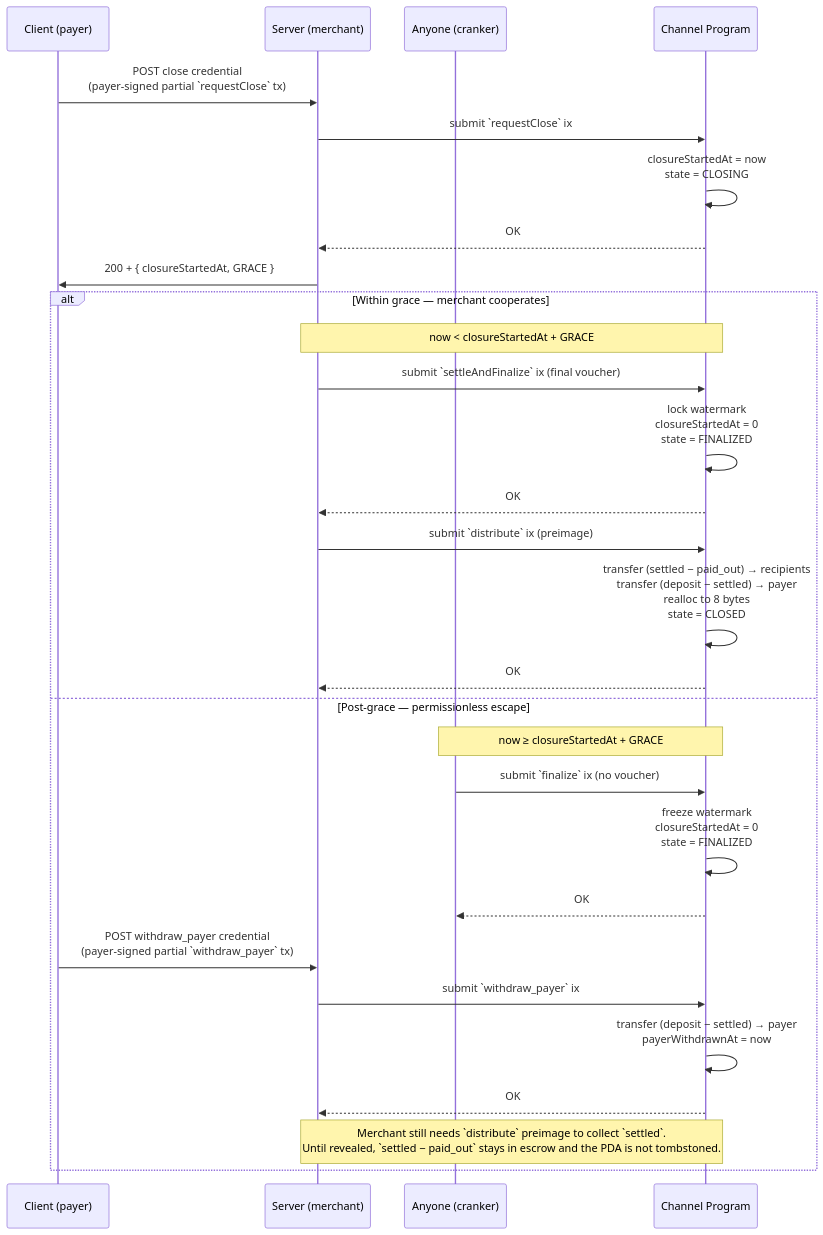
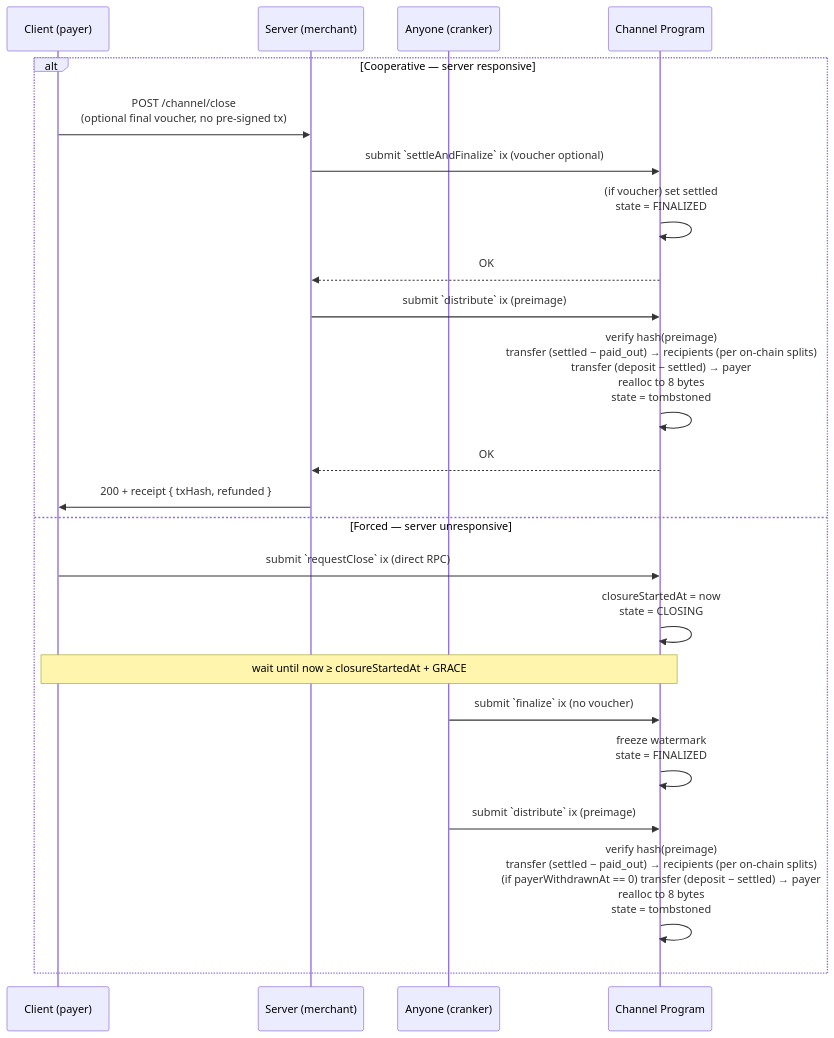
Before and after one commit to solana-foundation/payment-channels: the second of 2 diagrams in docs/002-http-protocol.md, drawn with Mermaid. The commit also changed other lines of this file and 4 other files, not shown here.

````diff
--- a/docs/002-http-protocol.md
+++ b/docs/002-http-protocol.md
@@ -111,36 +144,30 @@
 ```mermaid
 sequenceDiagram
     participant C as Client (payer)
     participant S as Server (merchant)
     participant A as Anyone (cranker)
     participant P as Channel Program
 
-    C->>S: POST close credential<br/>(payer-signed partial `requestClose` tx)
-    S->>P: submit `requestClose` ix
-    P->>P: closureStartedAt = now<br/>state = CLOSING
-    P-->>S: OK
-    S->>C: 200 + { closureStartedAt, GRACE }
-
-    alt Within grace — merchant cooperates
-        Note over S,P: now < closureStartedAt + GRACE
-        S->>P: submit `settleAndFinalize` ix (final voucher)
-        P->>P: lock watermark<br/>closureStartedAt = 0<br/>state = FINALIZED
+    alt Cooperative — server responsive
+        C->>S: POST /channel/close<br/>(optional final voucher, no pre-signed tx)
+        S->>P: submit `settleAndFinalize` ix (voucher optional)
+        P->>P: (if voucher) set settled<br/>state = FINALIZED
         P-->>S: OK
 
         S->>P: submit `distribute` ix (preimage)
-        P->>P: transfer (settled − paid_out) → recipients<br/>transfer (deposit − settled) → payer<br/>realloc to 8 bytes<br/>state = CLOSED
+        P->>P: verify hash(preimage)<br/>transfer (settled − paid_out) → recipients (per on-chain splits)<br/>transfer (deposit − settled) → payer<br/>realloc to 8 bytes<br/>state = tombstoned
         P-->>S: OK
-    else Post-grace — permissionless escape
-        Note over A,P: now ≥ closureStartedAt + GRACE
+        S->>C: 200 + receipt { txHash, refunded }
+    else Forced — server unresponsive
+        C->>P: submit `requestClose` ix (direct RPC)
+        P->>P: closureStartedAt = now<br/>state = CLOSING
+
+        Note over C,P: wait until now ≥ closureStartedAt + GRACE
+
         A->>P: submit `finalize` ix (no voucher)
-        P->>P: freeze watermark<br/>closureStartedAt = 0<br/>state = FINALIZED
-        P-->>A: OK
+        P->>P: freeze watermark<br/>state = FINALIZED
 
-        C->>S: POST withdraw_payer credential<br/>(payer-signed partial `withdraw_payer` tx)
-        S->>P: submit `withdraw_payer` ix
-        P->>P: transfer (deposit − settled) → payer<br/>payerWithdrawnAt = now
-        P-->>S: OK
-
-        Note over S,P: Merchant still needs `distribute` preimage to collect `settled`.<br/>Until revealed, `settled − paid_out` stays in escrow and the PDA is not tombstoned.
+        A->>P: submit `distribute` ix (preimage)
+        P->>P: verify hash(preimage)<br/>transfer (settled − paid_out) → recipients (per on-chain splits)<br/>(if payerWithdrawnAt == 0) transfer (deposit − settled) → payer<br/>realloc to 8 bytes<br/>state = tombstoned
     end
 ```
````
